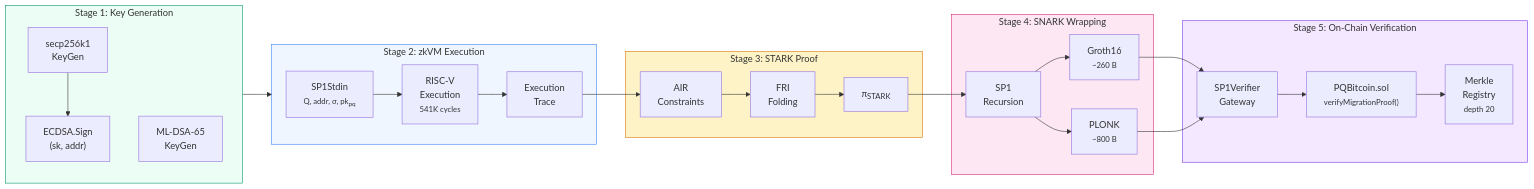
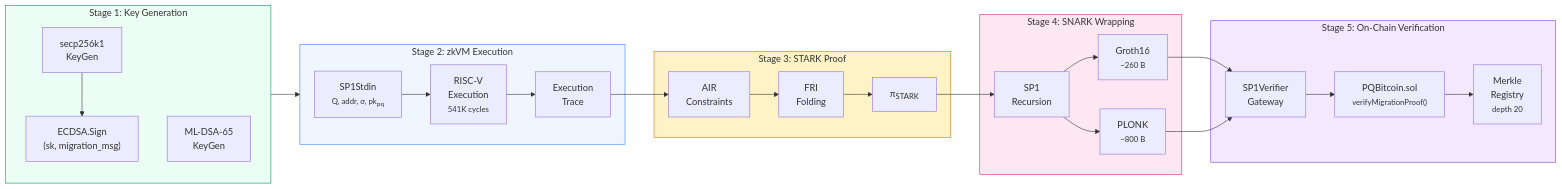
Before and after one commit to skardas/pq_bitcoin: the second of 6 diagrams in docs/diagrams.md, drawn with Mermaid. The commit also changed other lines of this file and 5 other files, not shown here.

````diff
--- a/docs/diagrams.md
+++ b/docs/diagrams.md
@@ -92,49 +92,49 @@
 ```mermaid
 flowchart LR
     subgraph S1["Stage 1: Key Generation"]
         ecdsa["secp256k1<br/>KeyGen"]
         mldsa["ML-DSA-65<br/>KeyGen"]
-        sign["ECDSA.Sign<br/>(sk, addr)"]
+        sign["ECDSA.Sign<br/>(sk, migration_msg)"]
         ecdsa --> sign
     end
 
     subgraph S2["Stage 2: zkVM Execution"]
         stdin["SP1Stdin<br/><small>Q, addr, σ, pk<sub>pq</sub></small>"]
         risc["RISC-V<br/>Execution<br/><small>541K cycles</small>"]
         trace["Execution<br/>Trace"]
         stdin --> risc --> trace
     end
 
     subgraph S3["Stage 3: STARK Proof"]
         air["AIR<br/>Constraints"]
         fri["FRI<br/>Folding"]
         stark["π<sub>STARK</sub>"]
         trace --> air --> fri --> stark
     end
 
     subgraph S4["Stage 4: SNARK Wrapping"]
         recurse["SP1<br/>Recursion"]
         groth["Groth16<br/><small>~260 B</small>"]
         plonk["PLONK<br/><small>~800 B</small>"]
         stark --> recurse
         recurse --> groth
         recurse --> plonk
     end
 
     subgraph S5["Stage 5: On-Chain Verification"]
         gateway["SP1Verifier<br/>Gateway"]
         contract["PQBitcoin.sol<br/><small>verifyMigrationProof()</small>"]
         merkle["Merkle<br/>Registry<br/><small>depth 20</small>"]
         groth --> gateway
         plonk --> gateway
         gateway --> contract --> merkle
     end
 
     S1 --> S2
 
     style S1 fill:#ecfdf5,stroke:#059669
     style S2 fill:#eff6ff,stroke:#3b82f6
     style S3 fill:#fef3c7,stroke:#d97706
     style S4 fill:#fce7f3,stroke:#db2777
     style S5 fill:#f3e8ff,stroke:#7c3aed
 ```
````
